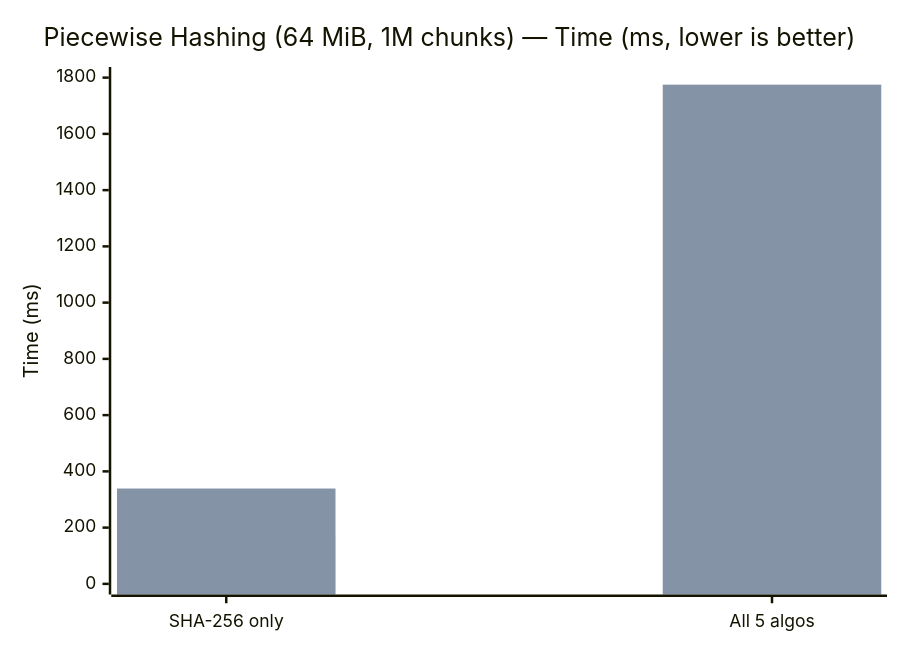
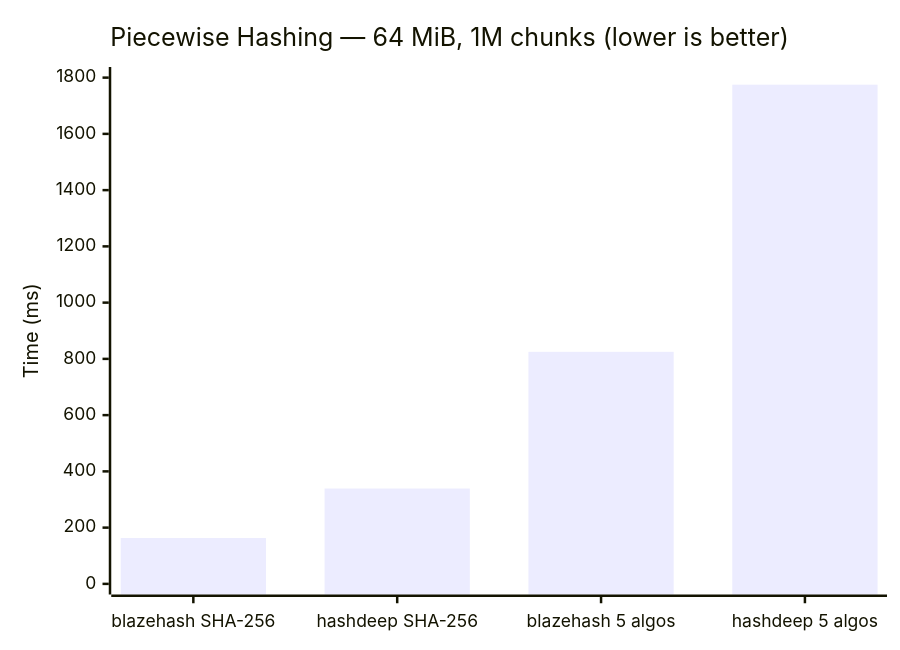
The fifth of 6 diagrams in docs/benchmarks.md (SecurityRonin/blazehash), drawn with Mermaid before and after one commit. The commit also changed other lines of this file and 1 other file, not shown here.

First line of the commit message:
docs: add hashdeep reference to all benchmark charts

````diff
--- a/docs/benchmarks.md
+++ b/docs/benchmarks.md
@@ -111,8 +116,7 @@
 ```mermaid
 xychart-beta
-    title "Piecewise Hashing (64 MiB, 1M chunks) — Time (ms, lower is better)"
-    x-axis ["SHA-256 only", "All 5 algos"]
+    title "Piecewise Hashing — 64 MiB, 1M chunks (lower is better)"
+    x-axis ["blazehash SHA-256", "hashdeep SHA-256", "blazehash 5 algos", "hashdeep 5 algos"]
     y-axis "Time (ms)" 0 --> 1800
-    bar [163, 825]
-    bar [339, 1775]
+    bar [163, 339, 825, 1775]
 ```
````
